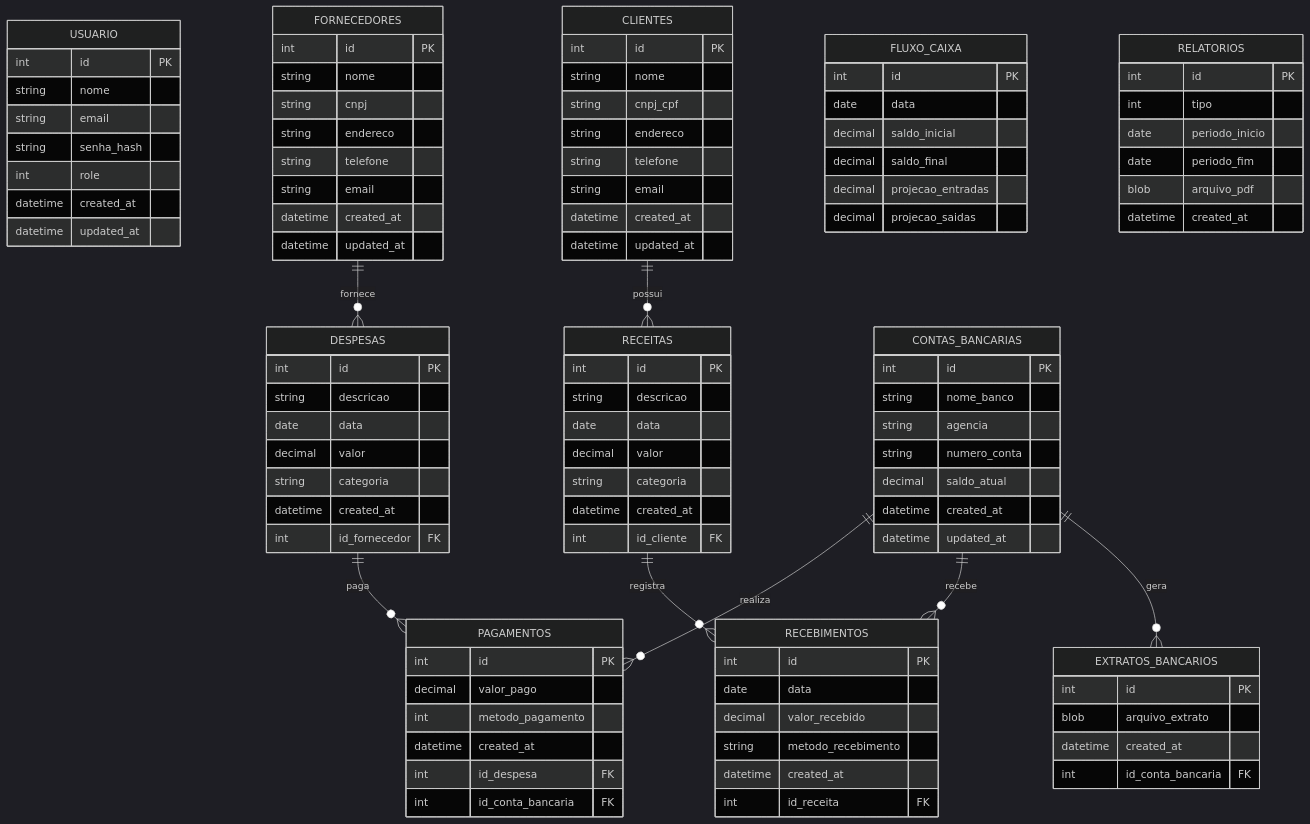
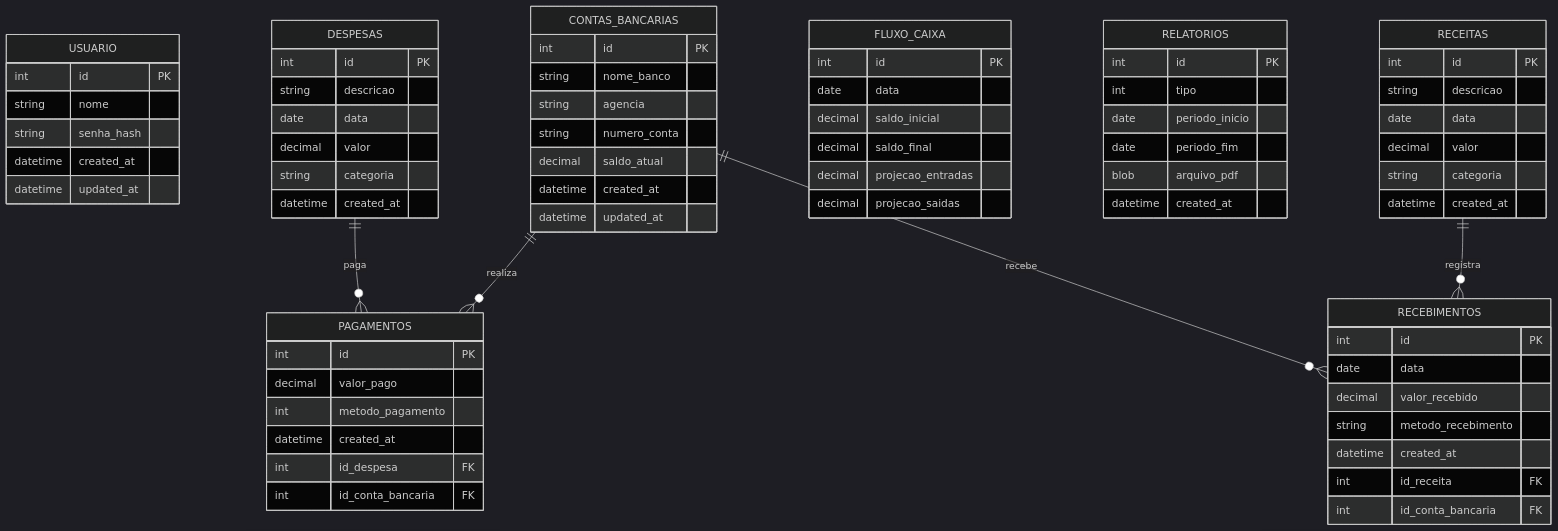
The diagram in README.MC.md (Gabriela-Amaro/Sistema-Mugiwara), drawn with Mermaid (dark theme) before and after one commit.

````diff
--- a/README.MC.md
+++ b/README.MC.md
@@ -7,20 +7,7 @@
     USUARIO {
         int id PK
         string nome
-        string email
         string senha_hash
-        int role
-        datetime created_at
-        datetime updated_at
-    }
-
-    FORNECEDORES {
-        int id PK
-        string nome
-        string cnpj
-        string endereco
-        string telefone
-        string email
         datetime created_at
         datetime updated_at
     }
@@ -32,7 +19,6 @@
         decimal valor
         string categoria
         datetime created_at
-        int id_fornecedor FK
     }
     
     PAGAMENTOS {
@@ -44,17 +30,6 @@
         int id_conta_bancaria FK
     }
     
-    CLIENTES {
-        int id PK
-        string nome
-        string cnpj_cpf
-        string endereco
-        string telefone
-        string email
-        datetime created_at
-        datetime updated_at
-    }
-    
     RECEITAS {
         int id PK
         string descricao
@@ -62,7 +37,6 @@
         decimal valor
         string categoria
         datetime created_at
-        int id_cliente FK
     }
     
     RECEBIMENTOS {
@@ -72,6 +46,7 @@
         string metodo_recebimento
         datetime created_at
         int id_receita FK
+        int id_conta_bancaria FK
     }
     
     FLUXO_CAIXA {
@@ -102,18 +77,8 @@
         datetime updated_at
     }
     
-    EXTRATOS_BANCARIOS {
-        int id PK
-        blob arquivo_extrato
-        datetime created_at
-        int id_conta_bancaria FK
-    }
-    
-    FORNECEDORES ||--o{ DESPESAS : fornece
-    CLIENTES ||--o{ RECEITAS : possui
     CONTAS_BANCARIAS ||--o{ PAGAMENTOS : realiza
     CONTAS_BANCARIAS ||--o{ RECEBIMENTOS : recebe
-    CONTAS_BANCARIAS ||--o{ EXTRATOS_BANCARIOS : gera
     DESPESAS ||--o{ PAGAMENTOS : paga
     RECEITAS ||--o{ RECEBIMENTOS : registra
 ```
````
